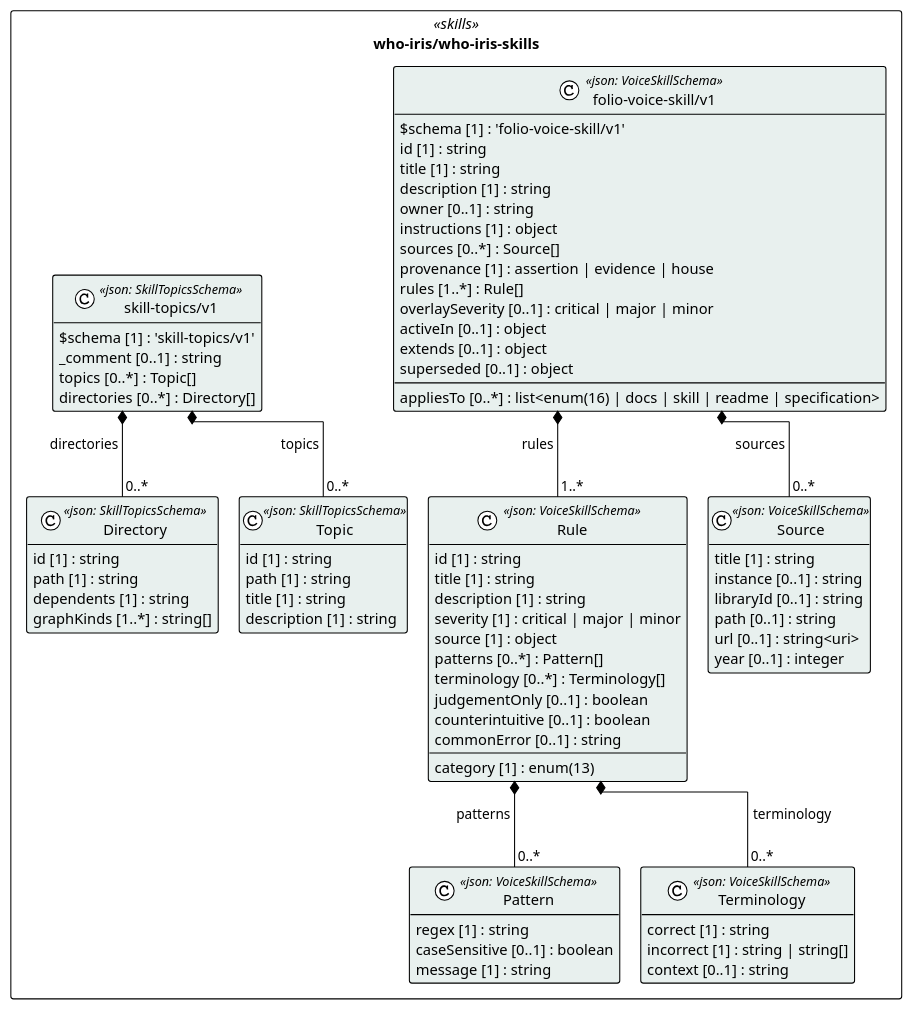
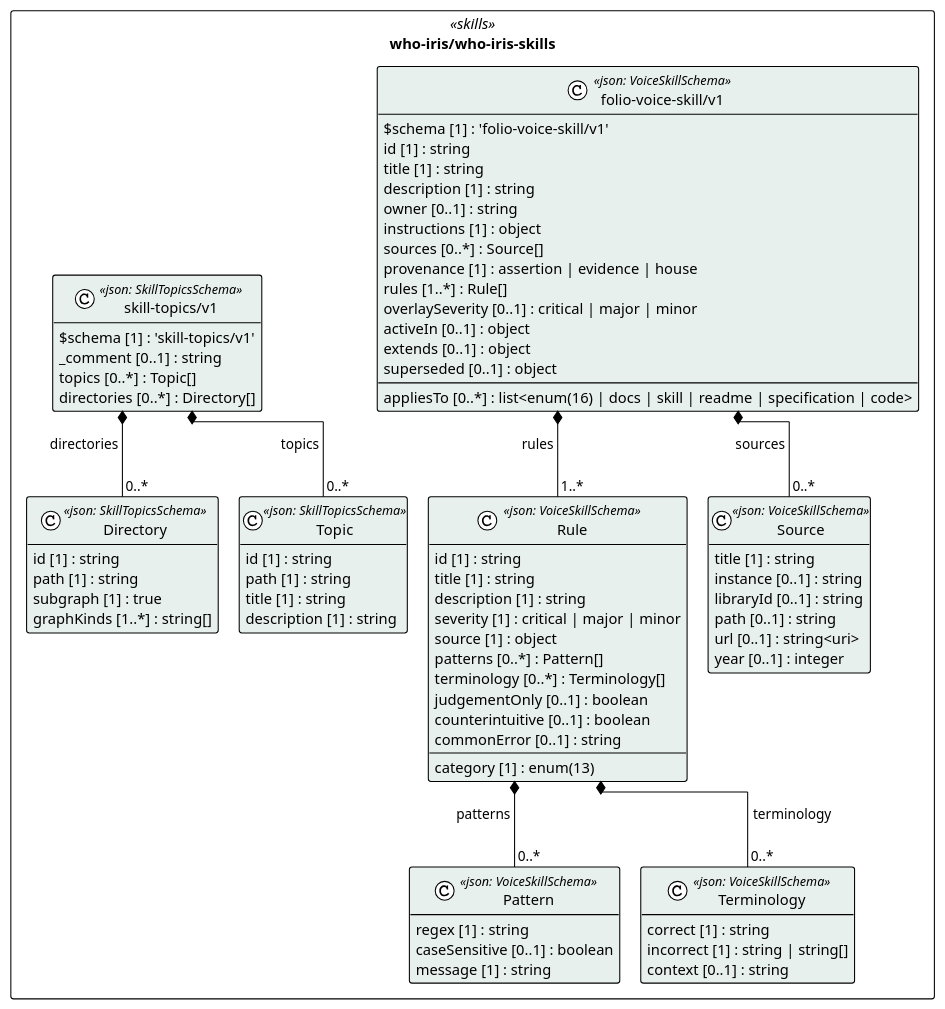
The diagram in cat-harness/uml/overview/who-iris/who-iris-skills.puml (litlfred/folio-assistant), drawn with PlantUML before and after one commit. The commit also changed 64 other files, not shown here.

```diff
--- a/cat-harness/uml/overview/who-iris/who-iris-skills.puml
+++ b/cat-harness/uml/overview/who-iris/who-iris-skills.puml
@@ -3,83 +3,83 @@
 @startuml who_iris_who_iris_skills
 !pragma layout elk
 !theme plain
 skinparam classAttributeIconSize 0
 skinparam shadowing false
 skinparam packageStyle rectangle
 hide empty methods
 
 package "who-iris/who-iris-skills" as pkg_who_iris_who_iris_skills <<skills>> {
   class "Source" as who_iris_who_iris_skills_folio_voice_skill_v1_Source <<json: VoiceSkillSchema>> #e8f0ee {
     title [1] : string
     instance [0..1] : string
     libraryId [0..1] : string
     path [0..1] : string
     url [0..1] : string<uri>
     year [0..1] : integer
   }
   class "Pattern" as who_iris_who_iris_skills_folio_voice_skill_v1_Pattern <<json: VoiceSkillSchema>> #e8f0ee {
     regex [1] : string
     caseSensitive [0..1] : boolean
     message [1] : string
   }
   class "Terminology" as who_iris_who_iris_skills_folio_voice_skill_v1_Terminology <<json: VoiceSkillSchema>> #e8f0ee {
     correct [1] : string
     incorrect [1] : string | string[]
     context [0..1] : string
   }
   class "Rule" as who_iris_who_iris_skills_folio_voice_skill_v1_Rule <<json: VoiceSkillSchema>> #e8f0ee {
     id [1] : string
     title [1] : string
     description [1] : string
     category [1] : enum(13)
     severity [1] : critical | major | minor
     source [1] : object
     patterns [0..*] : Pattern[]
     terminology [0..*] : Terminology[]
     judgementOnly [0..1] : boolean
     counterintuitive [0..1] : boolean
     commonError [0..1] : string
   }
   class "folio-voice-skill/v1" as who_iris_who_iris_skills_folio_voice_skill_v1_folio_voice_skill_v1 <<json: VoiceSkillSchema>> #e8f0ee {
     $schema [1] : 'folio-voice-skill/v1'
     id [1] : string
     title [1] : string
     description [1] : string
     owner [0..1] : string
     instructions [1] : object
     sources [0..*] : Source[]
     provenance [1] : assertion | evidence | house
     rules [1..*] : Rule[]
     overlaySeverity [0..1] : critical | major | minor
-    appliesTo [0..*] : list<enum(16) | docs | skill | readme | specification>
+    appliesTo [0..*] : list<enum(16) | docs | skill | readme | specification | code>
     activeIn [0..1] : object
     extends [0..1] : object
     superseded [0..1] : object
   }
   class "Topic" as who_iris_who_iris_skills_skill_topics_v1_Topic <<json: SkillTopicsSchema>> #e8f0ee {
     id [1] : string
     path [1] : string
     title [1] : string
     description [1] : string
   }
   class "Directory" as who_iris_who_iris_skills_skill_topics_v1_Directory <<json: SkillTopicsSchema>> #e8f0ee {
     id [1] : string
     path [1] : string
-    dependents [1] : string
+    subgraph [1] : true
     graphKinds [1..*] : string[]
   }
   class "skill-topics/v1" as who_iris_who_iris_skills_skill_topics_v1_skill_topics_v1 <<json: SkillTopicsSchema>> #e8f0ee {
     $schema [1] : 'skill-topics/v1'
     _comment [0..1] : string
     topics [0..*] : Topic[]
     directories [0..*] : Directory[]
   }
 }
 
 who_iris_who_iris_skills_folio_voice_skill_v1_folio_voice_skill_v1 *-- "0..*" who_iris_who_iris_skills_folio_voice_skill_v1_Source : sources
 who_iris_who_iris_skills_folio_voice_skill_v1_Rule *-- "0..*" who_iris_who_iris_skills_folio_voice_skill_v1_Pattern : patterns
 who_iris_who_iris_skills_folio_voice_skill_v1_Rule *-- "0..*" who_iris_who_iris_skills_folio_voice_skill_v1_Terminology : terminology
 who_iris_who_iris_skills_folio_voice_skill_v1_folio_voice_skill_v1 *-- "1..*" who_iris_who_iris_skills_folio_voice_skill_v1_Rule : rules
 who_iris_who_iris_skills_skill_topics_v1_skill_topics_v1 *-- "0..*" who_iris_who_iris_skills_skill_topics_v1_Topic : topics
 who_iris_who_iris_skills_skill_topics_v1_skill_topics_v1 *-- "0..*" who_iris_who_iris_skills_skill_topics_v1_Directory : directories
 @enduml
```
